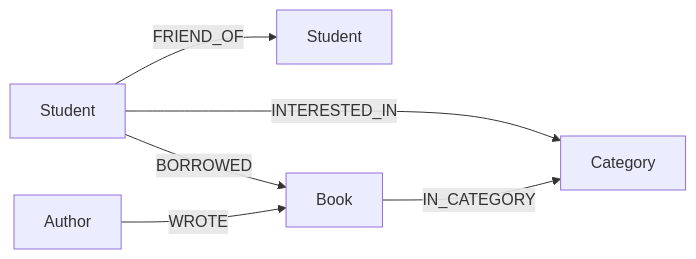
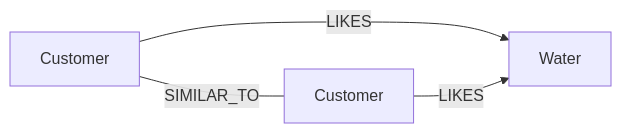
One commit to tabjit2005/MineralWater1 changed the second of 2 diagrams in docs/PROJECT_GUIDE_TH.md. Above: the diagram before and after it, drawn with Mermaid. The commit also changed other lines of this file and 6 other files, not shown here.

````diff
--- a/docs/PROJECT_GUIDE_TH.md
+++ b/docs/PROJECT_GUIDE_TH.md
@@ -43,8 +43,6 @@
 ```mermaid
 graph LR
-    S1[Student] -- FRIEND_OF --> S2[Student]
-    S1 -- BORROWED --> B[Book]
-    S1 -- INTERESTED_IN --> C[Category]
-    B -- IN_CATEGORY --> C
-    A[Author] -- WROTE --> B
+    C1[Customer] -- SIMILAR_TO --- C2[Customer]
+    C1 -- LIKES --> W[Water]
+    C2 -- LIKES --> W
 ```
````
